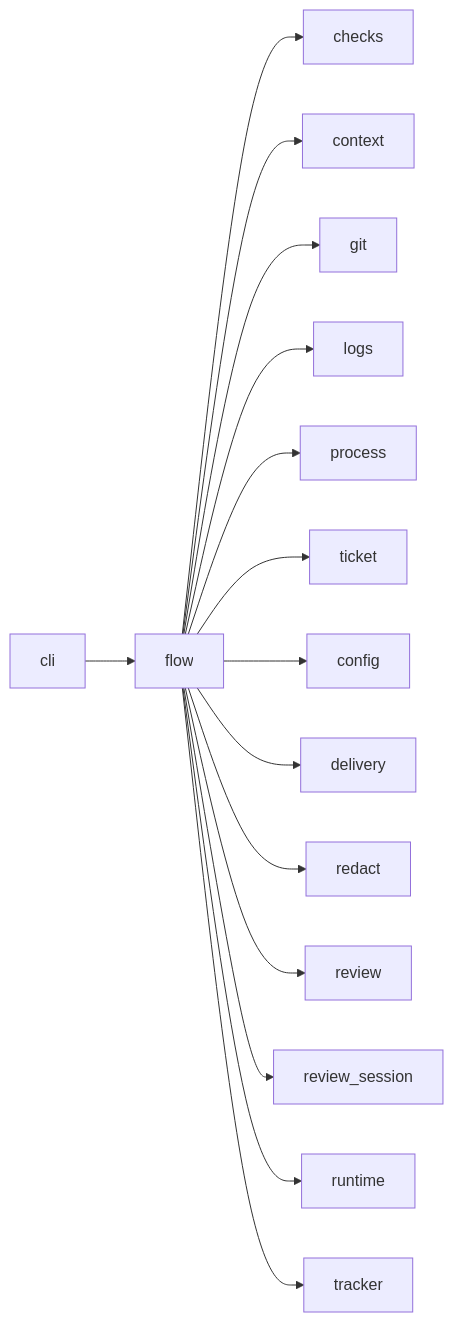
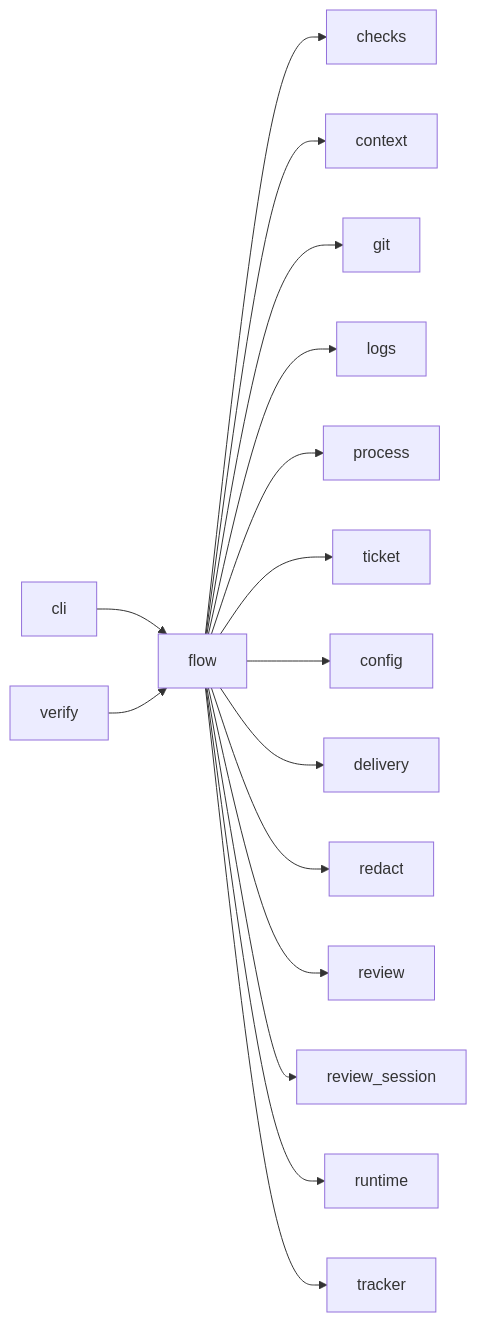
The diagram in docs/architecture/modules/flow.md (plaplanche/ariane), drawn with Mermaid before and after one commit. The commit also changed 25 other files, not shown here.

````diff
--- a/docs/architecture/modules/flow.md
+++ b/docs/architecture/modules/flow.md
@@ -21,17 +21,18 @@
 ```mermaid
 flowchart LR
   flow --> checks
   flow --> context
   flow --> git
   flow --> logs
   flow --> process
   flow --> ticket
   flow --> config
   flow --> delivery
   flow --> redact
   flow --> review
   flow --> review_session
   flow --> runtime
   flow --> tracker
   cli --> flow
+  verify --> flow
 ```
````
